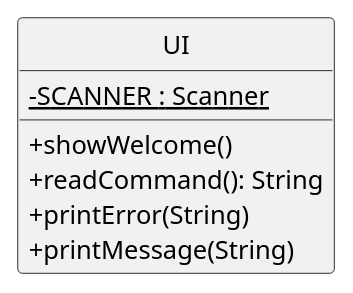
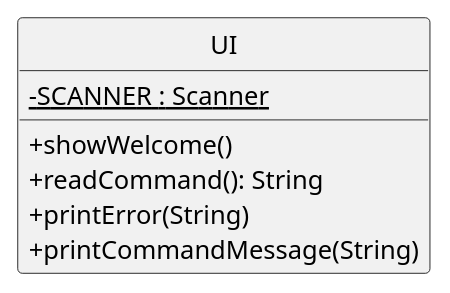
One commit to thienkimtranhoang/tp changed the diagram in docs/diagrams/UI.puml. Above: the diagram before and after it, drawn with PlantUML. The commit also changed 11 other files, not shown here.

```diff
--- a/docs/diagrams/UI.puml
+++ b/docs/diagrams/UI.puml
@@ -1,11 +1,11 @@
 @startuml
 hide circle
 skinparam classAttributeIconSize 0
     class UI {
         -SCANNER {static}: Scanner
         +showWelcome()
         +readCommand(): String
         +printError(String)
-        +printMessage(String)
+        +printCommandMessage(String)
     }
 @enduml
```
